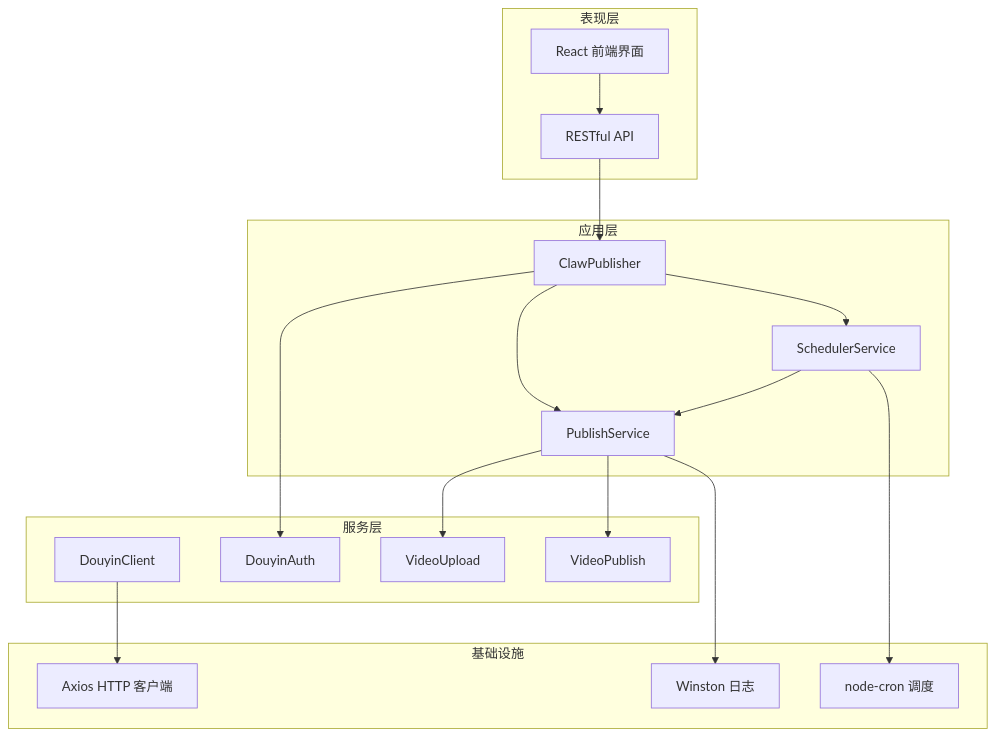
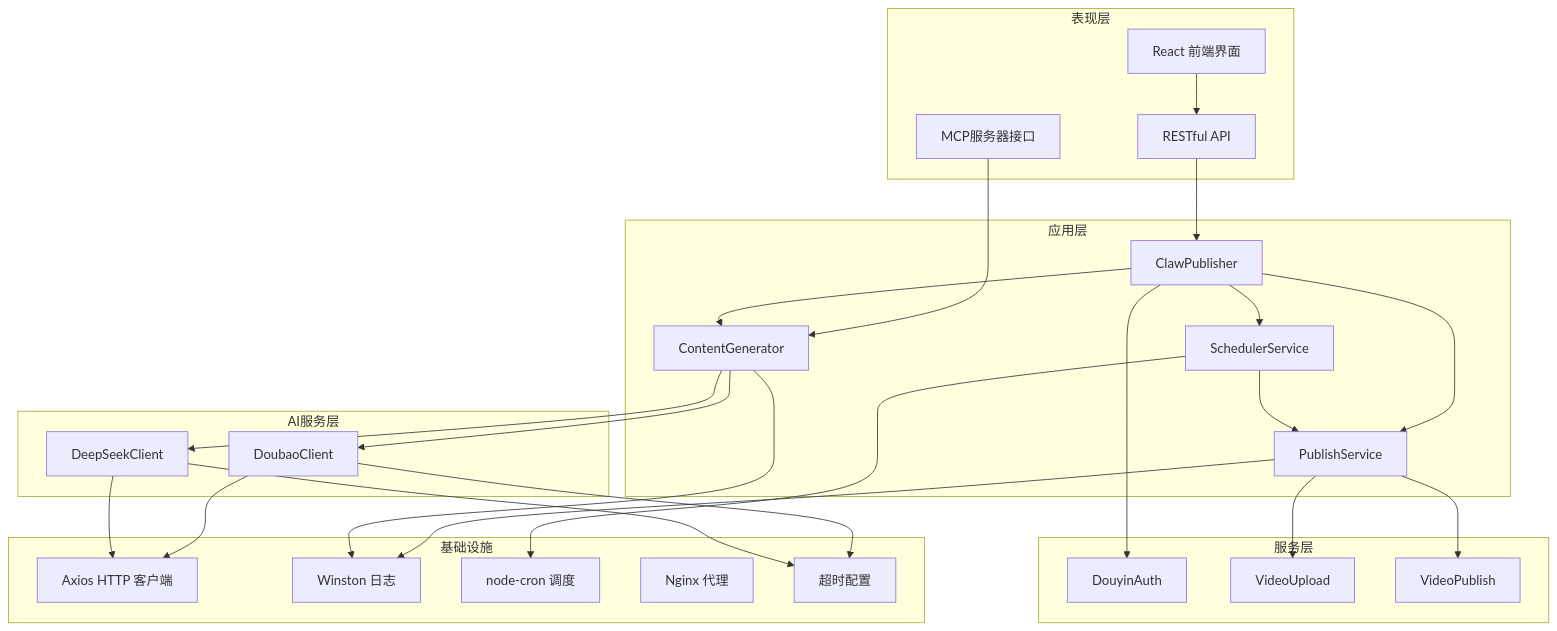
The fifth of 11 diagrams in .qoder/repowiki/zh/content/核心模块详解/定时调度服务模块/调度服务系统.md (songdiyang/clawOperations), drawn with Mermaid before and after one commit. The commit also changed other lines of this file and 10 other files, not shown here.

````diff
--- a/.qoder/repowiki/zh/content/核心模块详解/定时调度服务模块/调度服务系统.md
+++ b/.qoder/repowiki/zh/content/核心模块详解/定时调度服务模块/调度服务系统.md
@@ -159,34 +209,49 @@
 ```mermaid
 graph TB
 subgraph "表现层"
 UI[React 前端界面]
 API[RESTful API]
+MCP[MCP服务器接口]
 end
 subgraph "应用层"
 CP[ClawPublisher]
 PS[PublishService]
 SS[SchedulerService]
+CG[ContentGenerator]
+end
+subgraph "AI服务层"
+DC[DoubaoClient]
+DS[DeepSeekClient]
 end
 subgraph "服务层"
-DC[DouyinClient]
 DA[DouyinAuth]
 VU[VideoUpload]
 VP[VideoPublish]
 end
 subgraph "基础设施"
 AX[Axios HTTP 客户端]
 WC[Winston 日志]
 NR[node-cron 调度]
+NG[Nginx 代理]
+TO[超时配置]
 end
 UI --> API
+MCP --> CG
 API --> CP
 CP --> PS
 CP --> SS
+CP --> CG
 PS --> VU
 PS --> VP
 SS --> PS
+CG --> DC
+CG --> DS
 CP --> DA
 DC --> AX
+DS --> AX
 PS --> WC
 SS --> NR
+CG --> WC
+DC --> TO
+DS --> TO
 ```
````
